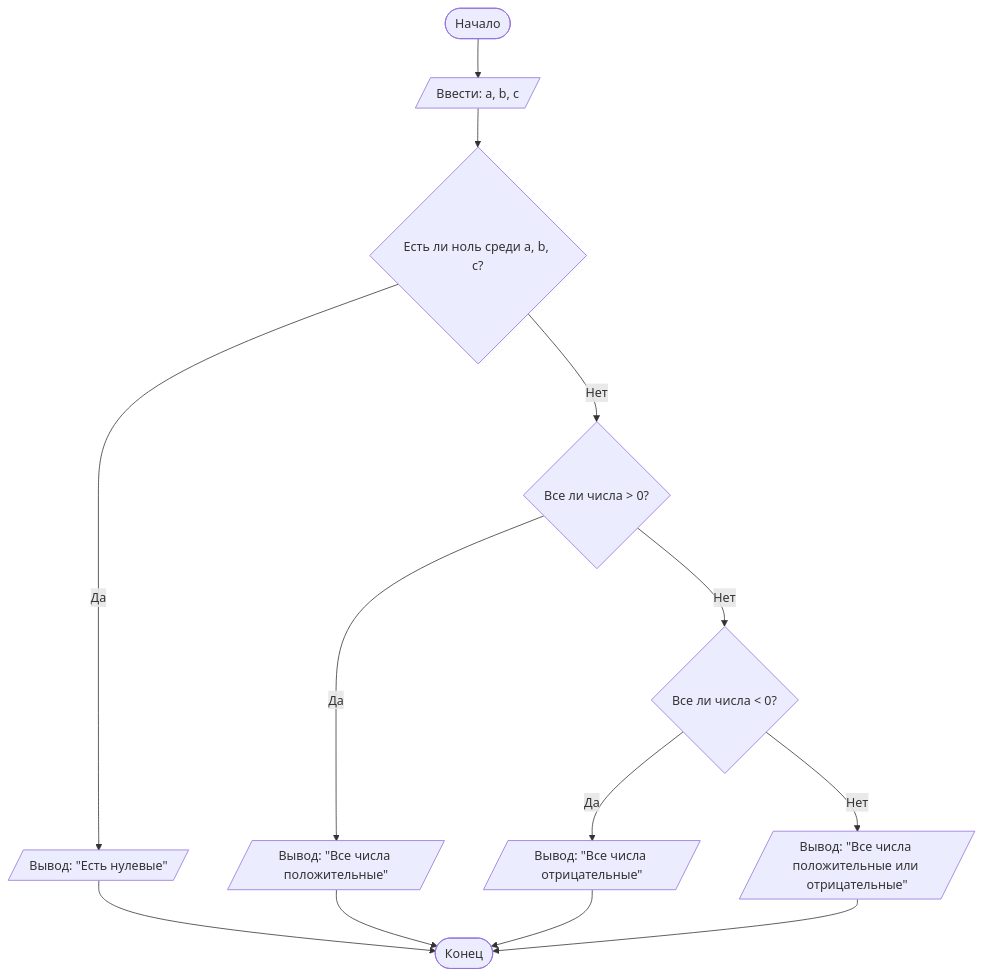
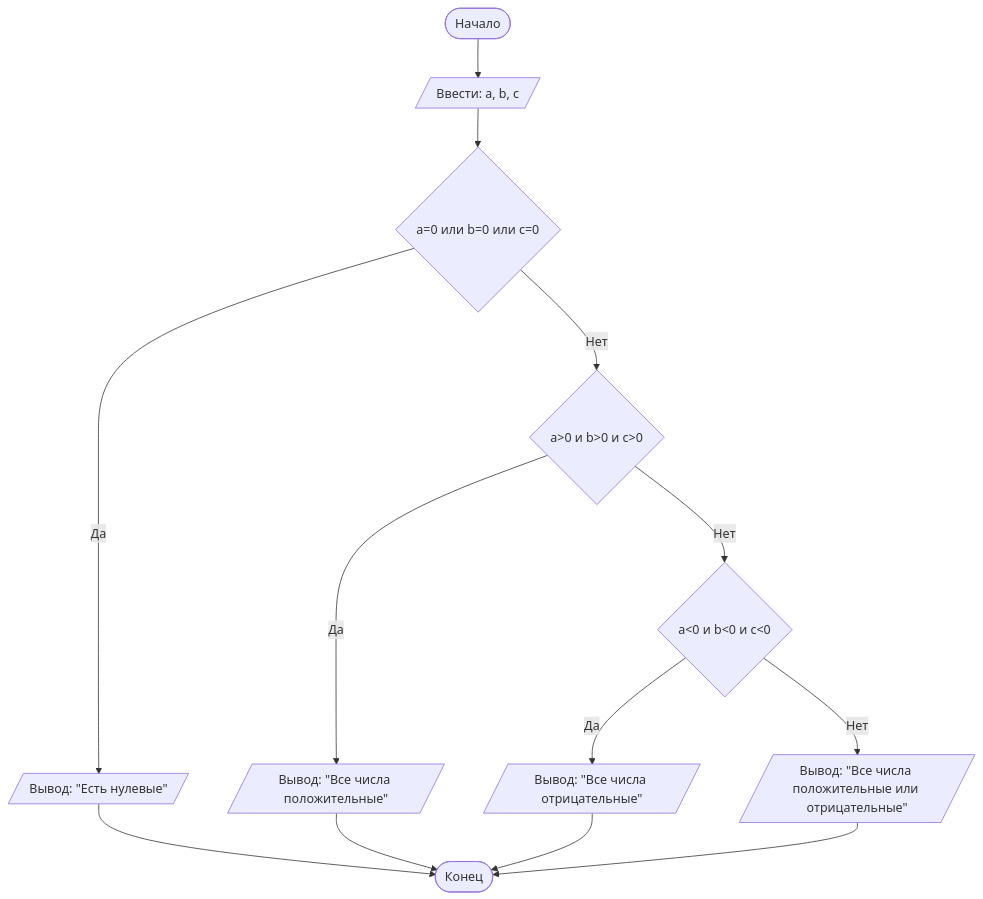
The diagram in README.md (varyabelas2008/Lab1), drawn with Mermaid before and after one commit. The commit also changed other lines of this file, not shown here.

Commit message:
README.md

````diff
--- a/README.md
+++ b/README.md
@@ -87,16 +88,16 @@
 ```mermaid
 graph TD
     A([Начало]) --> B[/Ввести: a, b, c/]
-    B --> C{Есть ли ноль среди a, b, c?}
+    B --> C{a=0 или b=0 или c=0}
     C -- Да --> D[/Вывод: "Есть нулевые"/]
-    C -- Нет --> E{Все ли числа > 0?}
+    C -- Нет --> E{a>0 и b>0 и c>0}
     E -- Да --> F[/Вывод: "Все числа положительные"/]
-    E -- Нет --> G{Все ли числа < 0?}
+    E -- Нет --> G{a<0 и b<0 и c<0}
     G -- Да --> H[/Вывод: "Все числа отрицательные"/]
     G -- Нет --> I[/Вывод: "Все числа положительные или отрицательные"/]
     D --> Z([Конец])
     F --> Z
     H --> Z
     I --> Z
 
 ```
````
